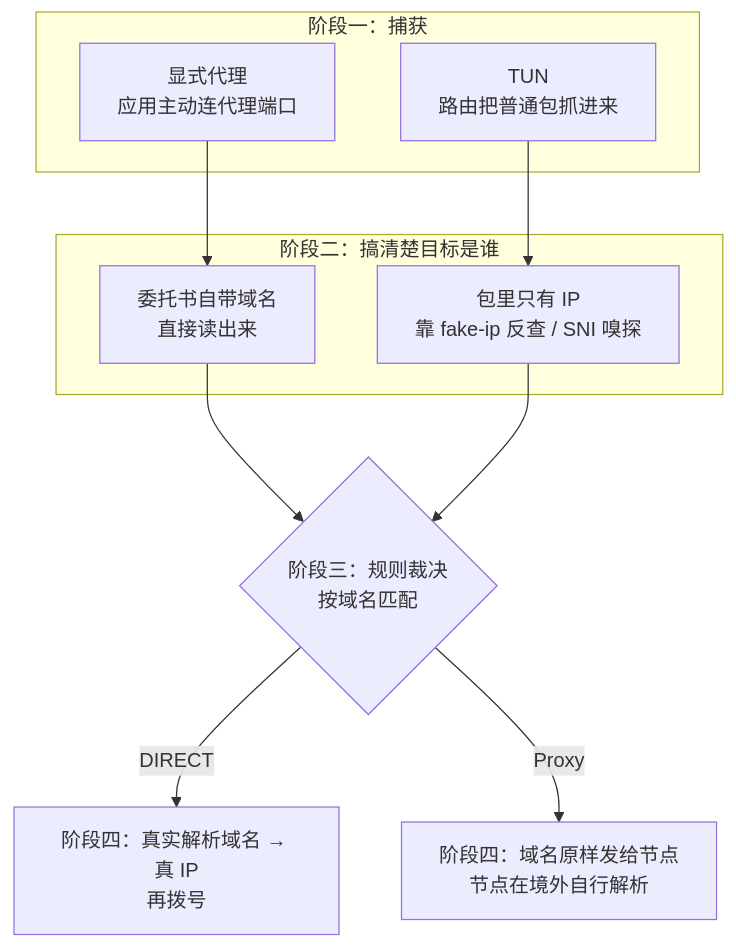
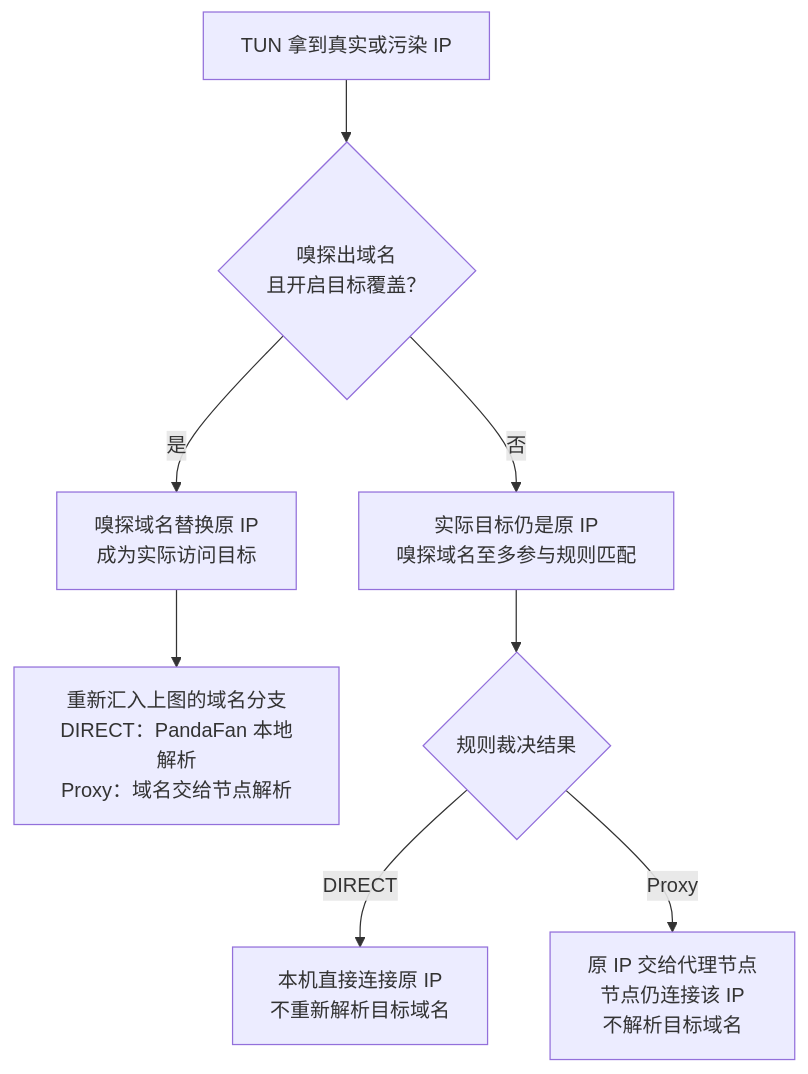
One commit to puppylpg/puppylpg.github.io changed the fifth of 17 diagrams in _posts/2026-08-09-tun-proxy-dns-chain.md. Above: the diagram before and after it, drawn with Mermaid. The commit also changed other lines of this file and 1 other file, not shown here.

Commit message:
docs: clarify TUN proxy and VPN coexistence

````diff
--- a/_posts/2026-08-09-tun-proxy-dns-chain.md
+++ b/_posts/2026-08-09-tun-proxy-dns-chain.md
@@ -76,17 +144,10 @@
 ```mermaid
 flowchart TD
-    subgraph S1["阶段一：捕获"]
-        A["显式代理<br>应用主动连代理端口"]
-        B["TUN<br>路由把普通包抓进来"]
-    end
-    subgraph S2["阶段二：搞清楚目标是谁"]
-        A2["委托书自带域名<br>直接读出来"]
-        B2["包里只有 IP<br>靠 fake-ip 反查 / SNI 嗅探"]
-    end
-    A --> A2
-    B --> B2
-    A2 --> R{"阶段三：规则裁决<br>按域名匹配"}
-    B2 --> R
-    R -->|"DIRECT"| D1["阶段四：真实解析域名 → 真 IP<br>再拨号"]
-    R -->|"Proxy"| D2["阶段四：域名原样发给节点<br>节点在境外自行解析"]
+    R["TUN 拿到真实或污染 IP"] --> O{"嗅探出域名<br>且开启目标覆盖？"}
+    O -->|"是"| D["嗅探域名替换原 IP<br>成为实际访问目标"]
+    D --> JOIN["重新汇入上图的域名分支<br>DIRECT：PandaFan 本地解析<br>Proxy：域名交给节点解析"]
+    O -->|"否"| I["实际目标仍是原 IP<br>嗅探域名至多参与规则匹配"]
+    I --> IR{"规则裁决结果"}
+    IR -->|"DIRECT"| ID["本机直接连接原 IP<br>不重新解析目标域名"]
+    IR -->|"Proxy"| IP["原 IP 交给代理节点<br>节点仍连接该 IP<br>不解析目标域名"]
 ```
````
